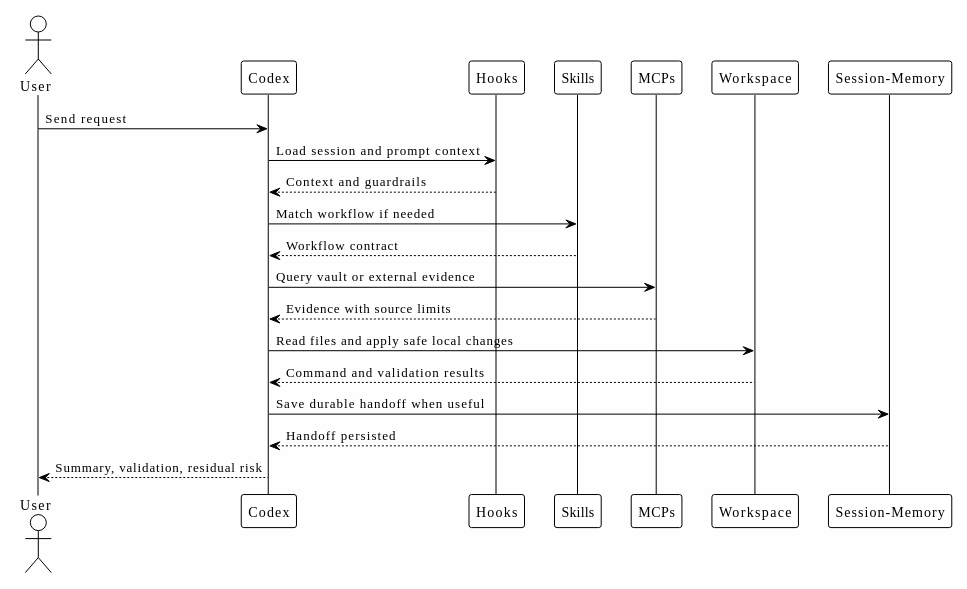
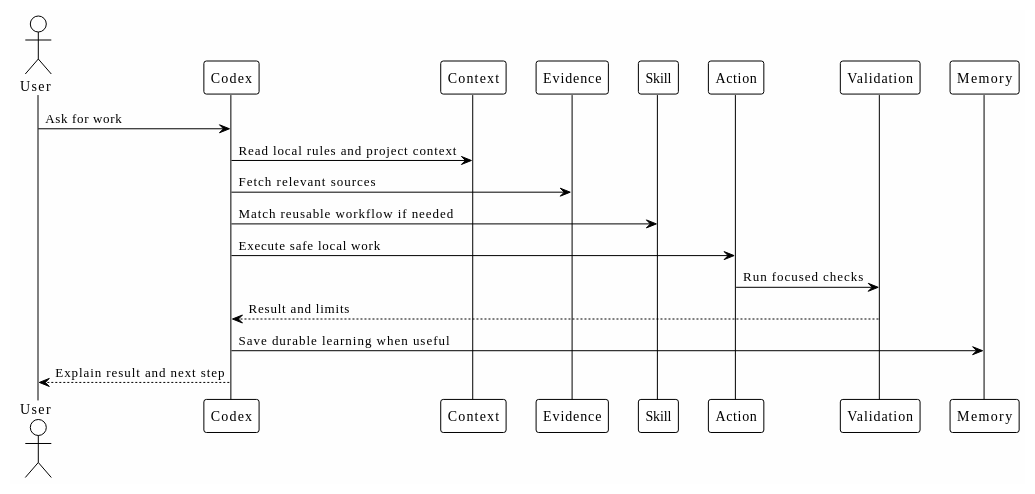
Before and after one commit to ivanhoinacki/codex-workflow-workbook: the diagram in docs/03-main-sequence.md, drawn with PlantUML. The commit also changed other lines of this file and 39 other files, not shown here.

````diff
--- a/docs/03-main-sequence.md
+++ b/docs/03-main-sequence.md
@@ -26,27 +36,25 @@
 ```plantuml
 @startuml
 !theme plain
 skinparam backgroundColor #FEFEFE
 
 actor User
 participant Codex
-participant Hooks
-participant Skills
-participant MCPs
-participant Workspace
-participant "Session-Memory" as Memory
+participant Context
+participant Evidence
+participant Skill
+participant Action
+participant Validation
+participant Memory
 
-User -> Codex: Send request
-Codex -> Hooks: Load session and prompt context
-Hooks --> Codex: Context and guardrails
-Codex -> Skills: Match workflow if needed
-Skills --> Codex: Workflow contract
-Codex -> MCPs: Query vault or external evidence
-MCPs --> Codex: Evidence with source limits
-Codex -> Workspace: Read files and apply safe local changes
-Workspace --> Codex: Command and validation results
-Codex -> Memory: Save durable handoff when useful
-Memory --> Codex: Handoff persisted
-Codex --> User: Summary, validation, residual risk
+User -> Codex: Ask for work
+Codex -> Context: Read local rules and project context
+Codex -> Evidence: Fetch relevant sources
+Codex -> Skill: Match reusable workflow if needed
+Codex -> Action: Execute safe local work
+Action -> Validation: Run focused checks
+Validation --> Codex: Result and limits
+Codex -> Memory: Save durable learning when useful
+Codex --> User: Explain result and next step
 @enduml
 ```
````
